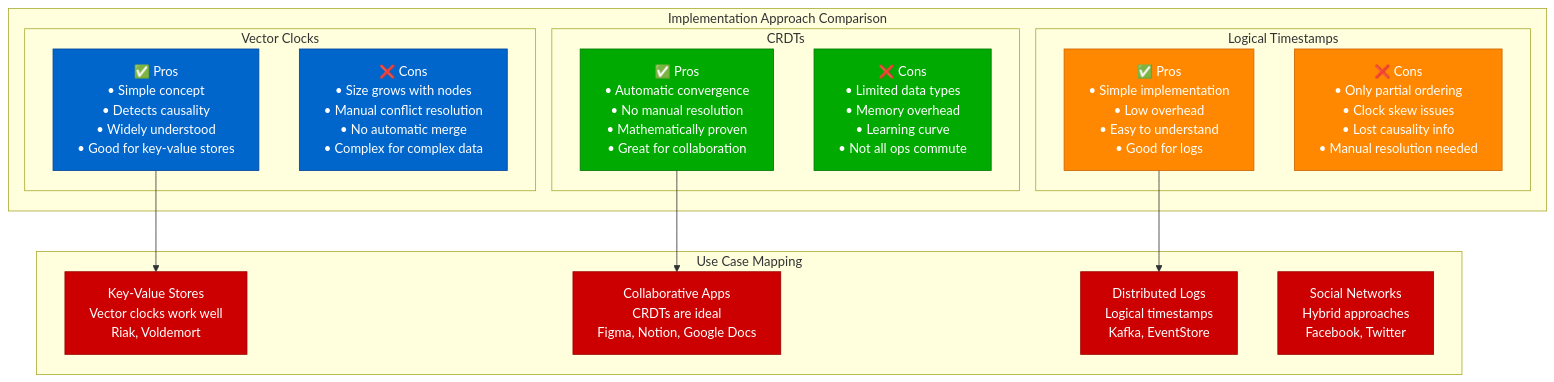
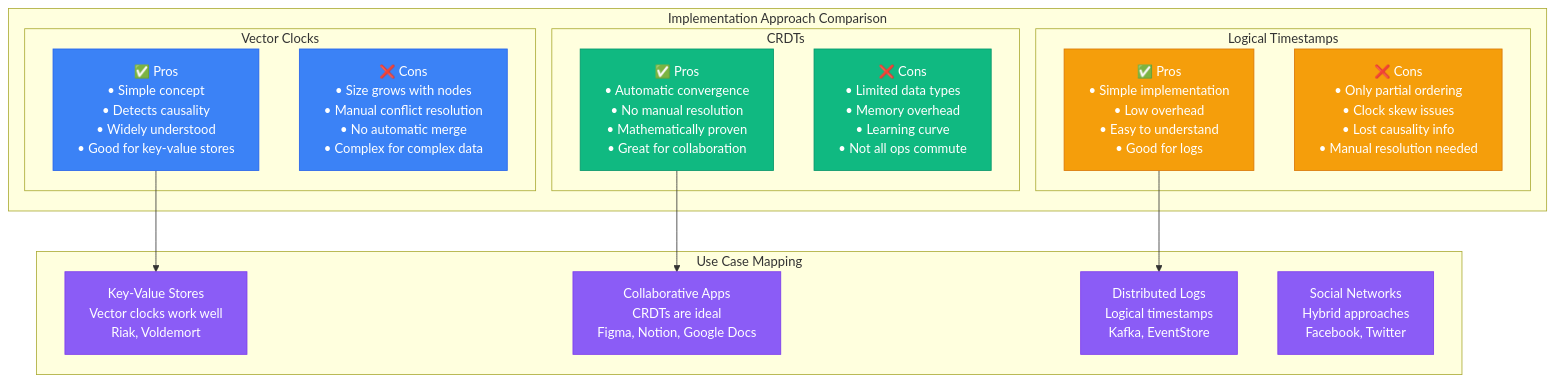
One commit to deepaucksharma/DS changed the eighth of 10 diagrams in site/docs/guarantees/eventual-consistency/eventual-consistency-implementation.md. Above: the diagram before and after it, drawn with Mermaid. The commit also changed other lines of this file and 303 other files, not shown here.

````diff
--- a/site/docs/guarantees/eventual-consistency/eventual-consistency-implementation.md
+++ b/site/docs/guarantees/eventual-consistency/eventual-consistency-implementation.md
@@ -442,40 +442,40 @@
 ```mermaid
 graph TB
     subgraph ComparisonMatrix[Implementation Approach Comparison]
         subgraph VectorClocks[Vector Clocks]
             VC1[✅ Pros<br/>• Simple concept<br/>• Detects causality<br/>• Widely understood<br/>• Good for key-value stores]
             VC2[❌ Cons<br/>• Size grows with nodes<br/>• Manual conflict resolution<br/>• No automatic merge<br/>• Complex for complex data]
         end
 
         subgraph CRDTs[CRDTs]
             CRDT1[✅ Pros<br/>• Automatic convergence<br/>• No manual resolution<br/>• Mathematically proven<br/>• Great for collaboration]
             CRDT2[❌ Cons<br/>• Limited data types<br/>• Memory overhead<br/>• Learning curve<br/>• Not all ops commute]
         end
 
         subgraph Timestamps[Logical Timestamps]
             TS1[✅ Pros<br/>• Simple implementation<br/>• Low overhead<br/>• Easy to understand<br/>• Good for logs]
             TS2[❌ Cons<br/>• Only partial ordering<br/>• Clock skew issues<br/>• Lost causality info<br/>• Manual resolution needed]
         end
     end
 
     subgraph UseCaseMapping[Use Case Mapping]
         UC1[Key-Value Stores<br/>Vector clocks work well<br/>Riak, Voldemort]
         UC2[Collaborative Apps<br/>CRDTs are ideal<br/>Figma, Notion, Google Docs]
         UC3[Distributed Logs<br/>Logical timestamps<br/>Kafka, EventStore]
         UC4[Social Networks<br/>Hybrid approaches<br/>Facebook, Twitter]
     end
 
     VC1 --> UC1
     CRDT1 --> UC2
     TS1 --> UC3
 
-    classDef vcStyle fill:#0066CC,stroke:#004499,color:#fff
-    classDef crdtStyle fill:#00AA00,stroke:#007700,color:#fff
-    classDef tsStyle fill:#FF8800,stroke:#CC6600,color:#fff
-    classDef ucStyle fill:#CC0000,stroke:#990000,color:#fff
+    classDef vcStyle fill:#3B82F6,stroke:#2563EB,color:#fff
+    classDef crdtStyle fill:#10B981,stroke:#059669,color:#fff
+    classDef tsStyle fill:#F59E0B,stroke:#D97706,color:#fff
+    classDef ucStyle fill:#8B5CF6,stroke:#7C3AED,color:#fff
 
     class VC1,VC2 vcStyle
     class CRDT1,CRDT2 crdtStyle
     class TS1,TS2 tsStyle
     class UC1,UC2,UC3,UC4 ucStyle
 ```
````
